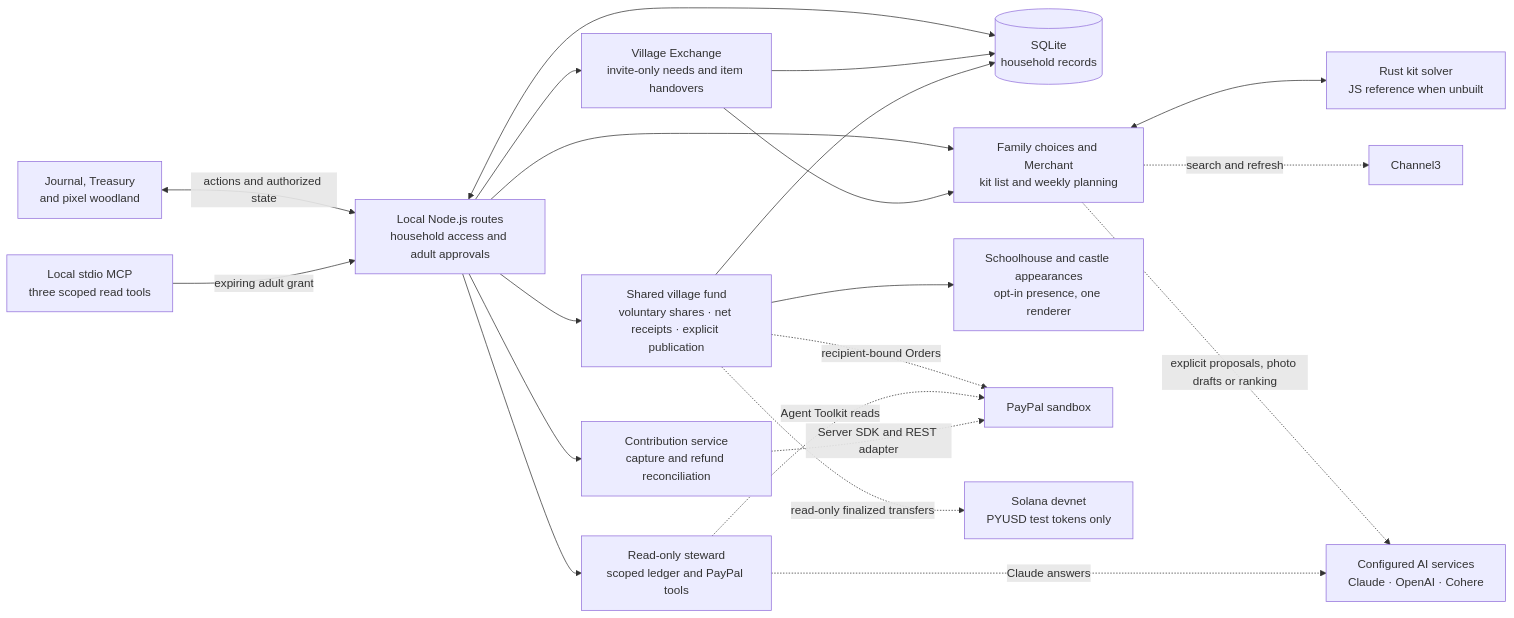
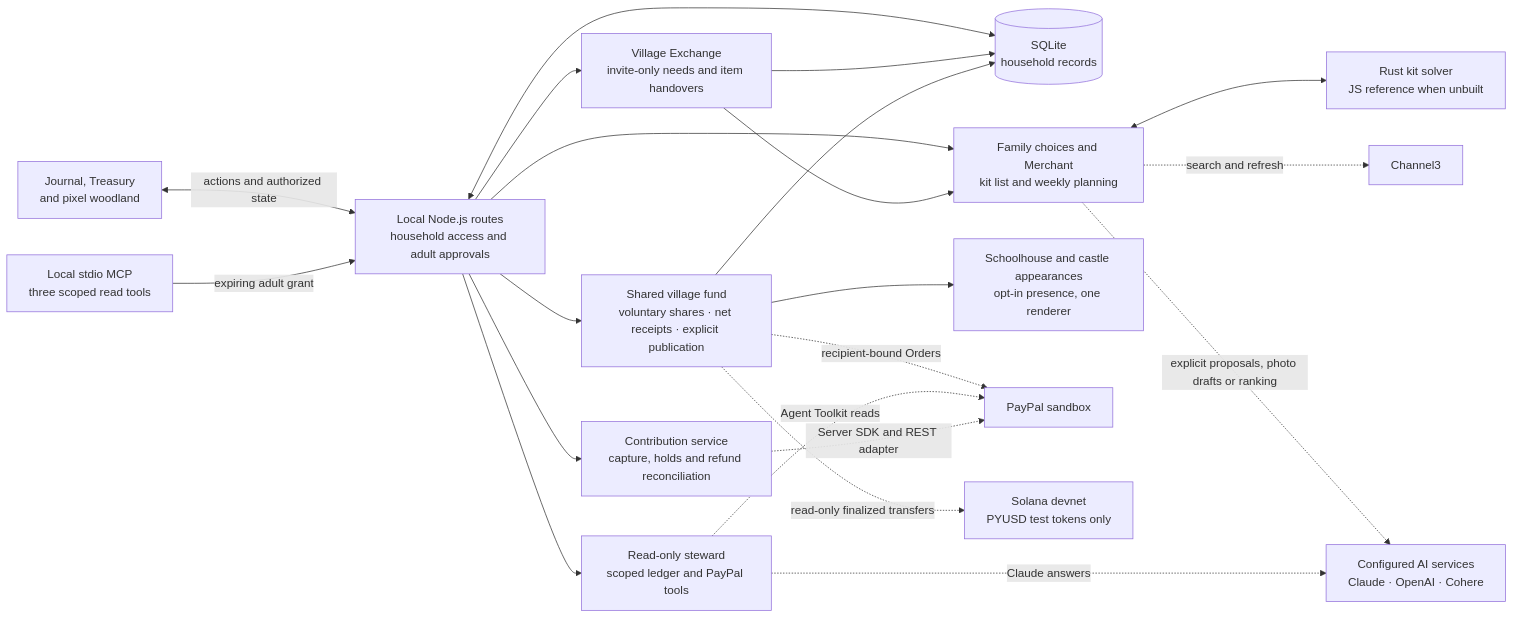
The first of 9 diagrams in docs/ARCHITECTURE.md (alejandro-publius/our-castle), drawn with Mermaid before and after one commit. The commit also changed other lines of this file and 9 other files, not shown here.

First line of the commit message:
Refresh the README, diagrams and current-state notes

````diff
--- a/docs/ARCHITECTURE.md
+++ b/docs/ARCHITECTURE.md
@@ -5,25 +5,25 @@
 ```mermaid
 flowchart LR
     accTitle: Our Castle components and provider boundaries
     accDescr: The journal, Treasury and pixel world use a local Node server. Its family planning, contribution and steward services share household records. Configured provider calls stay behind the server.
     Journal["Journal, Treasury<br/>and pixel woodland"] <-->|"actions and authorized state"| Routes["Local Node.js routes<br/>household access and adult approvals"]
     Routes <--> Records[("SQLite<br/>household records")]
     Routes --> Planning["Family choices and Merchant<br/>kit list and weekly planning"]
-    Routes --> Payments["Contribution service<br/>capture and refund reconciliation"]
+    Routes --> Payments["Contribution service<br/>capture, holds and refund reconciliation"]
     Routes --> Exchange["Village Exchange<br/>invite-only needs and item handovers"]
     Exchange --> Planning
     Exchange --> Records
     Routes --> Village["Shared village fund<br/>voluntary shares · net receipts · explicit publication"]
     Village --> Records
     Village --> Square["Schoolhouse and castle appearances<br/>opt-in presence, one renderer"]
     Village -. "recipient-bound Orders" .-> PayPal
     Village -. "read-only finalized transfers" .-> Devnet["Solana devnet<br/>PYUSD test tokens only"]
     MCP["Local stdio MCP<br/>three scoped read tools"] -->|"expiring adult grant"| Routes
     Routes --> Steward["Read-only steward<br/>scoped ledger and PayPal tools"]
     Planning <--> Solver["Rust kit solver<br/>JS reference when unbuilt"]
     Planning -. "search and refresh" .-> Catalogue["Channel3"]
     Planning -. "explicit proposals, photo drafts or ranking" .-> AI["Configured AI services<br/>Claude · OpenAI · Cohere"]
     Steward -. "Claude answers" .-> AI
     Steward -. "Agent Toolkit reads" .-> PayPal["PayPal sandbox"]
     Payments -. "Server SDK and REST adapter" .-> PayPal
 ```
````
